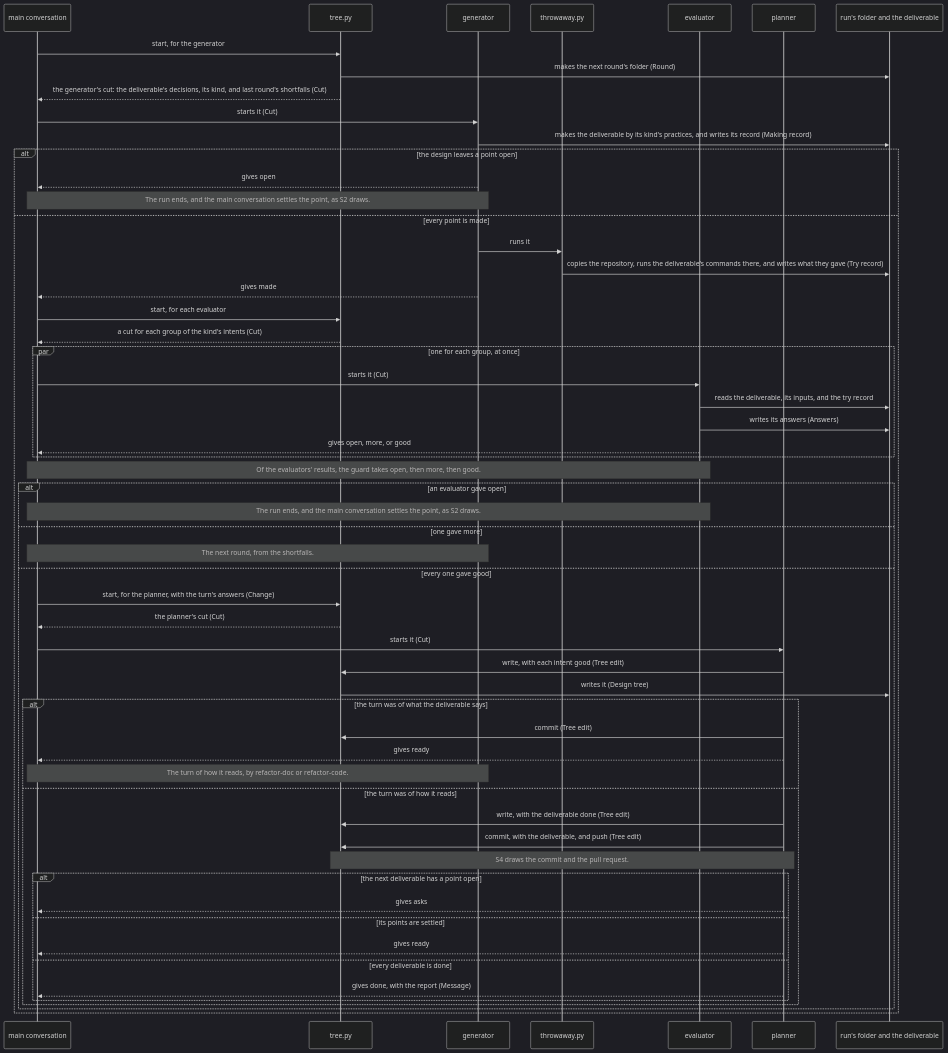
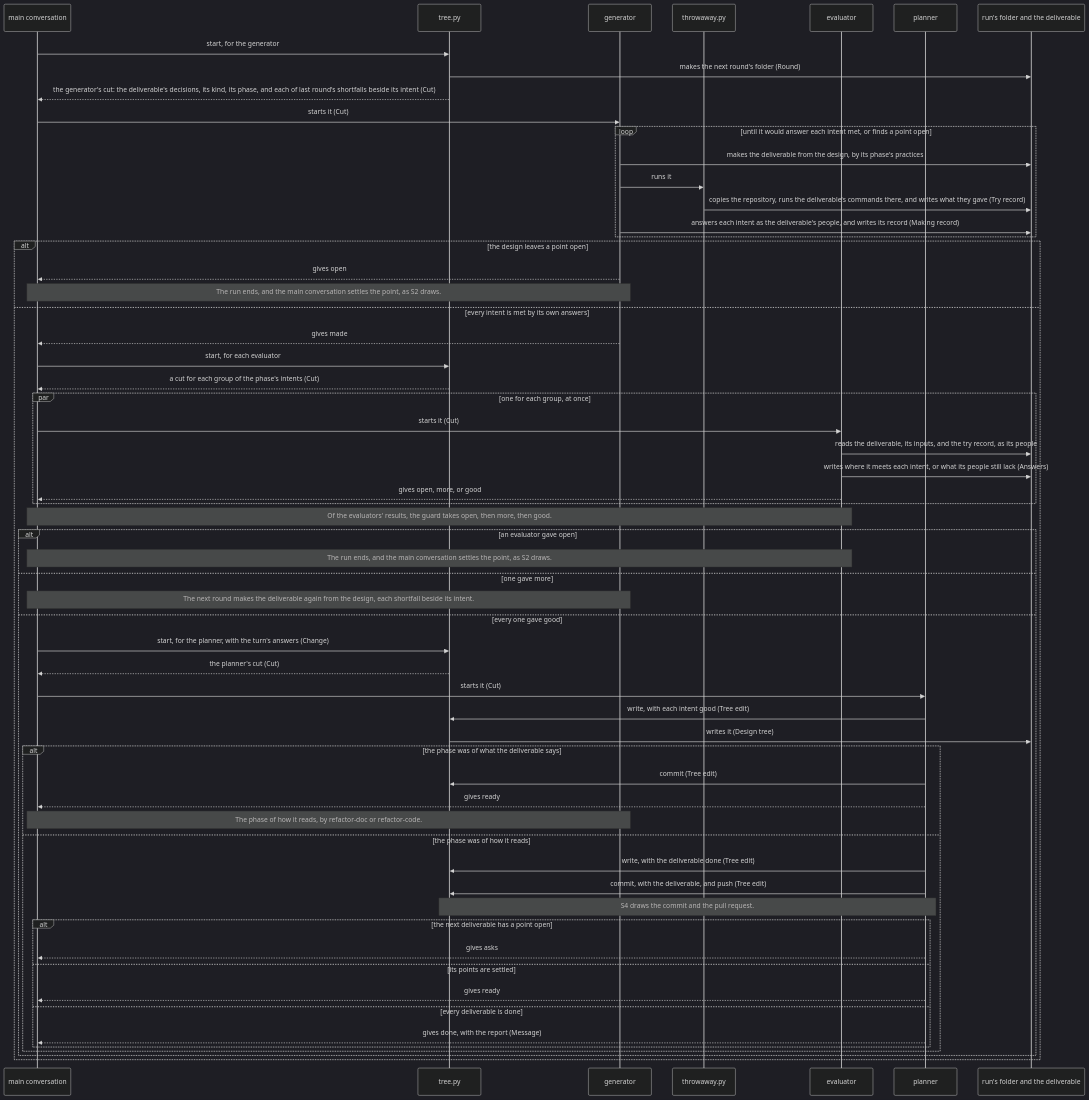
One commit to lovaizu/ccpm changed the third of 5 diagrams in dev/rn/architecture.md. Above: the diagram before and after it, drawn with Mermaid (dark theme). The commit also changed other lines of this file and 1 other file, not shown here.

````diff
--- a/dev/rn/architecture.md
+++ b/dev/rn/architecture.md
@@ -322,59 +383,62 @@
 ```mermaid
 sequenceDiagram
   participant M as main conversation
   participant T as tree.py
   participant G as generator
   participant W as throwaway.py
   participant E as evaluator
   participant P as planner
   participant R as run's folder and the deliverable
   M->>T: start, for the generator
   T->>R: makes the next round's folder (Round)
-  T-->>M: the generator's cut: the deliverable's decisions, its kind, and last round's shortfalls (Cut)
+  T-->>M: the generator's cut: the deliverable's decisions, its kind, its phase, and each of last round's shortfalls beside its intent (Cut)
   M->>G: starts it (Cut)
-  G->>R: makes the deliverable by its kind's practices, and writes its record (Making record)
+  loop until it would answer each intent met, or finds a point open
+    G->>R: makes the deliverable from the design, by its phase's practices
+    G->>W: runs it
+    W->>R: copies the repository, runs the deliverable's commands there, and writes what they gave (Try record)
+    G->>R: answers each intent as the deliverable's people, and writes its record (Making record)
+  end
   alt the design leaves a point open
     G-->>M: gives open
     Note over M,G: The run ends, and the main conversation settles the point, as S2 draws.
-  else every point is made
-    G->>W: runs it
-    W->>R: copies the repository, runs the deliverable's commands there, and writes what they gave (Try record)
+  else every intent is met by its own answers
     G-->>M: gives made
     M->>T: start, for each evaluator
-    T-->>M: a cut for each group of the kind's intents (Cut)
+    T-->>M: a cut for each group of the phase's intents (Cut)
     par one for each group, at once
       M->>E: starts it (Cut)
-      E->>R: reads the deliverable, its inputs, and the try record
-      E->>R: writes its answers (Answers)
+      E->>R: reads the deliverable, its inputs, and the try record, as its people
+      E->>R: writes where it meets each intent, or what its people still lack (Answers)
       E-->>M: gives open, more, or good
     end
     Note over M,E: Of the evaluators' results, the guard takes open, then more, then good.
     alt an evaluator gave open
       Note over M,E: The run ends, and the main conversation settles the point, as S2 draws.
     else one gave more
-      Note over M,G: The next round, from the shortfalls.
+      Note over M,G: The next round makes the deliverable again from the design, each shortfall beside its intent.
     else every one gave good
       M->>T: start, for the planner, with the turn's answers (Change)
       T-->>M: the planner's cut (Cut)
       M->>P: starts it (Cut)
       P->>T: write, with each intent good (Tree edit)
       T->>R: writes it (Design tree)
-      alt the turn was of what the deliverable says
+      alt the phase was of what the deliverable says
         P->>T: commit (Tree edit)
         P-->>M: gives ready
-        Note over M,G: The turn of how it reads, by refactor-doc or refactor-code.
-      else the turn was of how it reads
+        Note over M,G: The phase of how it reads, by refactor-doc or refactor-code.
+      else the phase was of how it reads
         P->>T: write, with the deliverable done (Tree edit)
         P->>T: commit, with the deliverable, and push (Tree edit)
         Note over P,T: S4 draws the commit and the pull request.
         alt the next deliverable has a point open
           P-->>M: gives asks
         else its points are settled
           P-->>M: gives ready
         else every deliverable is done
           P-->>M: gives done, with the report (Message)
         end
       end
     end
   end
 ```
````
